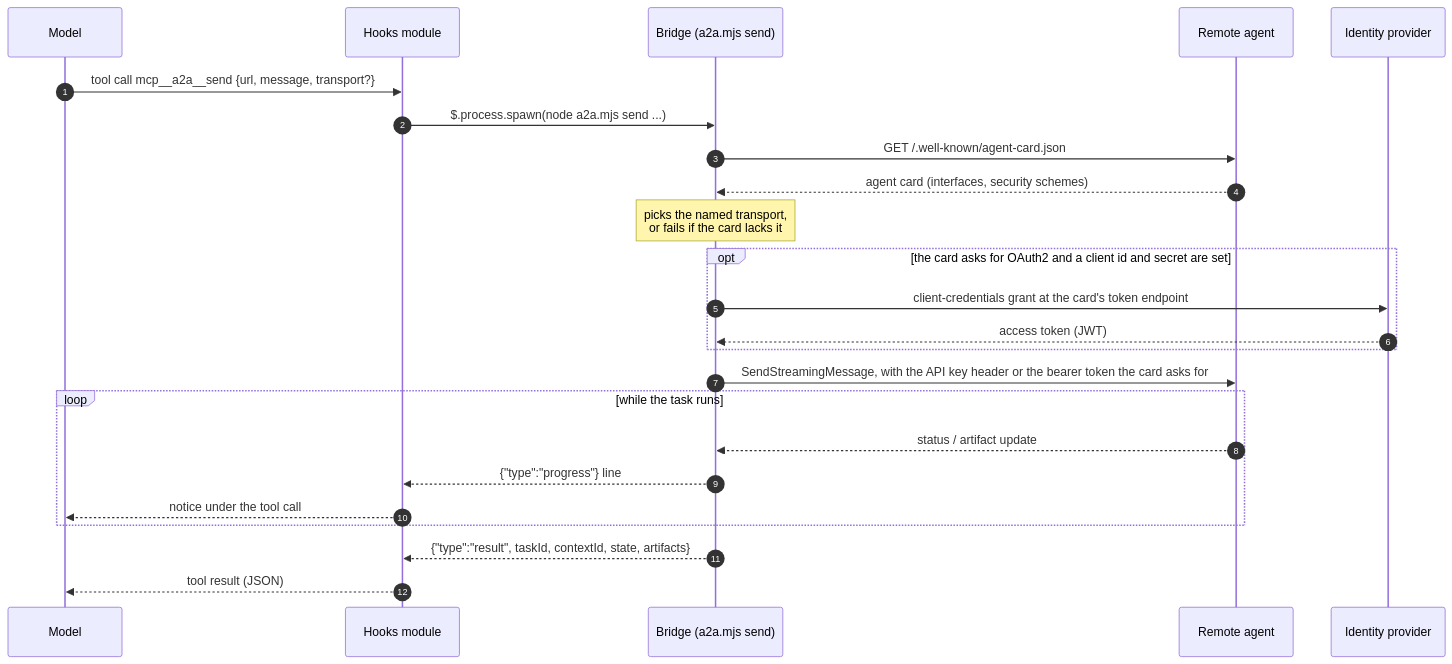
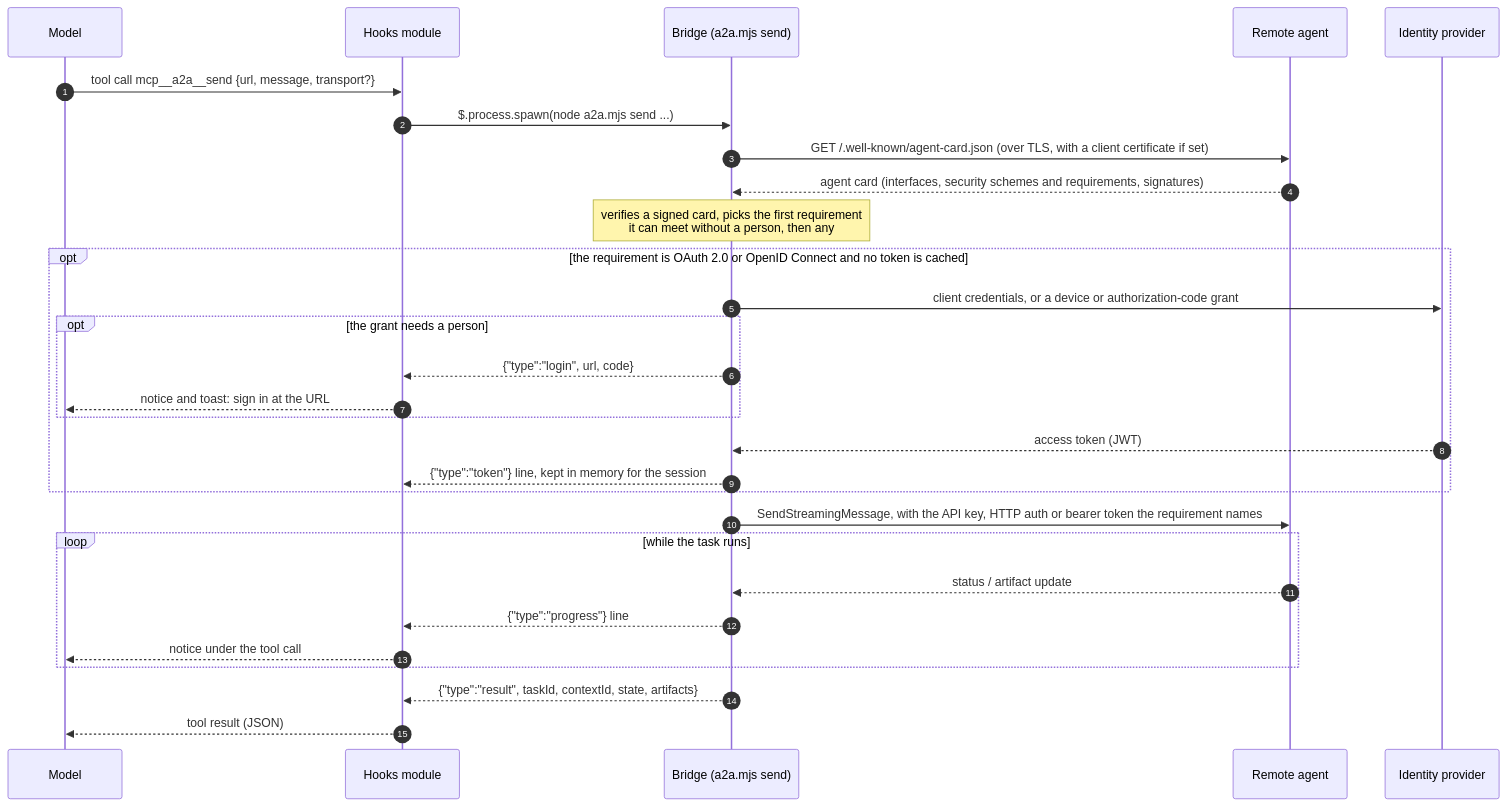
The fourth of 6 diagrams in docs/architecture.md (fulgas/claude-a2a), drawn with Mermaid before and after one commit. The commit also changed other lines of this file and 18 other files, not shown here.

````diff
--- a/docs/architecture.md
+++ b/docs/architecture.md
@@ -153,27 +154,32 @@
 ```mermaid
 sequenceDiagram
   autonumber
   participant M as Model
   participant P as Hooks module
   participant B as Bridge (a2a.mjs send)
   participant R as Remote agent
   participant I as Identity provider
 
   M->>P: tool call mcp__a2a__send {url, message, transport?}
   P->>B: $.process.spawn(node a2a.mjs send ...)
-  B->>R: GET /.well-known/agent-card.json
-  R-->>B: agent card (interfaces, security schemes)
-  Note over B: picks the named transport,<br/>or fails if the card lacks it
-  opt the card asks for OAuth2 and a client id and secret are set
-    B->>I: client-credentials grant at the card's token endpoint
+  B->>R: GET /.well-known/agent-card.json (over TLS, with a client certificate if set)
+  R-->>B: agent card (interfaces, security schemes and requirements, signatures)
+  Note over B: verifies a signed card, picks the first requirement<br/>it can meet without a person, then any
+  opt the requirement is OAuth 2.0 or OpenID Connect and no token is cached
+    B->>I: client credentials, or a device or authorization-code grant
+    opt the grant needs a person
+      B-->>P: {"type":"login", url, code}
+      P-->>M: notice and toast: sign in at the URL
+    end
     I-->>B: access token (JWT)
+    B-->>P: {"type":"token"} line, kept in memory for the session
   end
-  B->>R: SendStreamingMessage, with the API key header or the bearer token the card asks for
+  B->>R: SendStreamingMessage, with the API key, HTTP auth or bearer token the requirement names
   loop while the task runs
     R-->>B: status / artifact update
     B-->>P: {"type":"progress"} line
     P-->>M: notice under the tool call
   end
   B-->>P: {"type":"result", taskId, contextId, state, artifacts}
   P-->>M: tool result (JSON)
 ```
````
